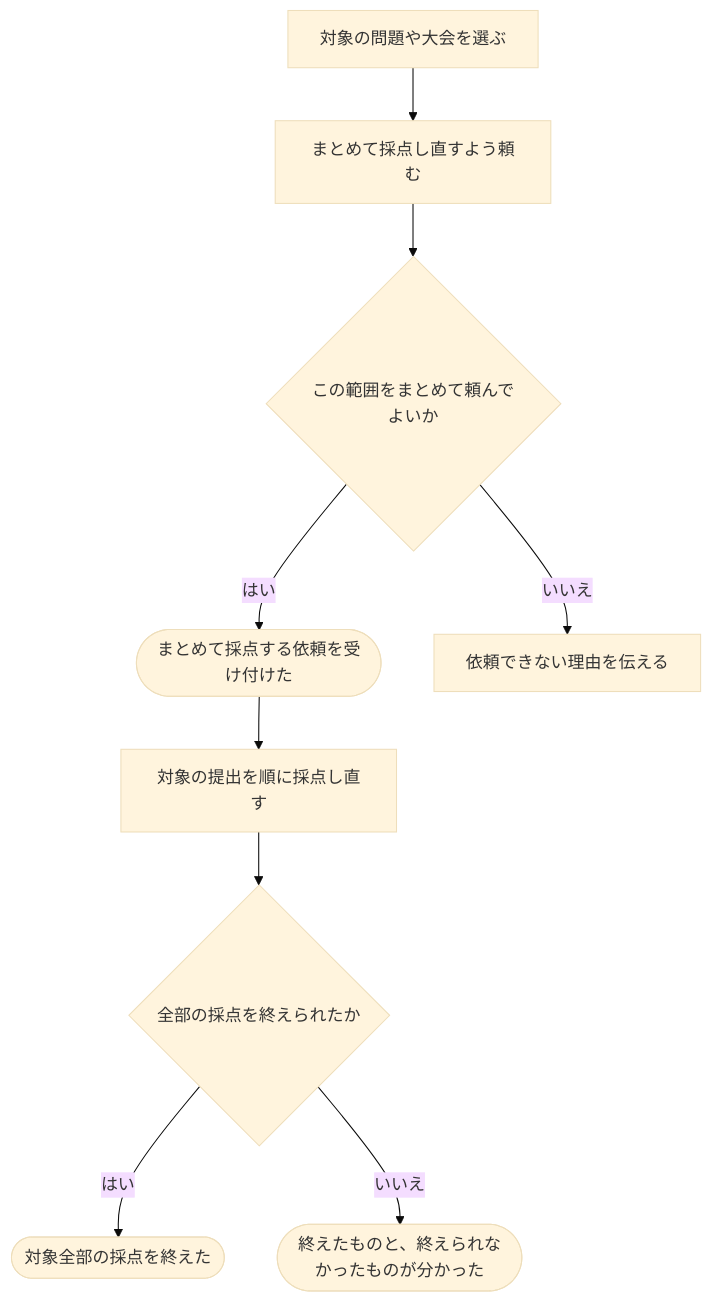
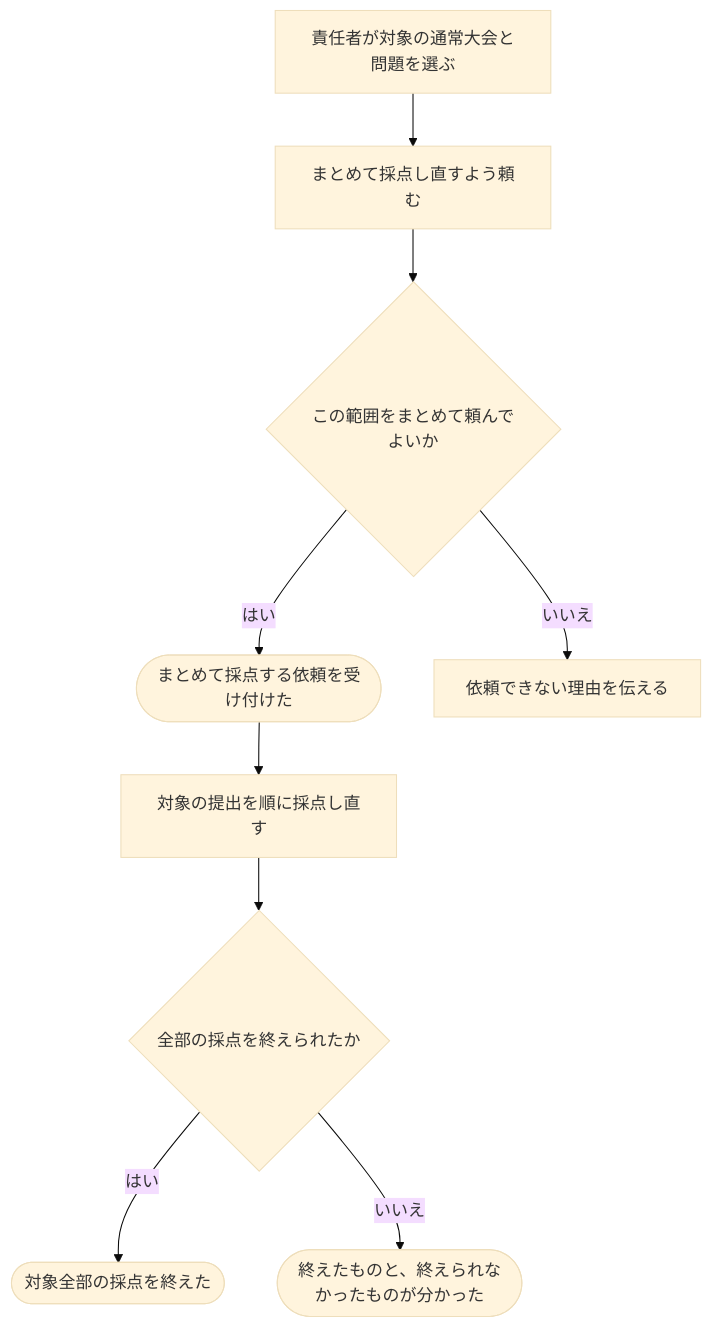
One commit to traP-jp/traOJudge changed the diagram in docs/requirements/scenarios/submissions/judge-many-again.md. Above: the diagram before and after it, drawn with Mermaid (base theme). The commit also changed other lines of this file and 58 other files, not shown here.

````diff
--- a/docs/requirements/scenarios/submissions/judge-many-again.md
+++ b/docs/requirements/scenarios/submissions/judge-many-again.md
@@ -15,11 +24,11 @@
 ```mermaid
 flowchart TD
-    A["対象の問題や大会を選ぶ"] --> B["まとめて採点し直すよう頼む"]
+    A["責任者が対象の通常大会と問題を選ぶ"] --> B["まとめて採点し直すよう頼む"]
     B --> C{"この範囲をまとめて頼んでよいか"}
     C -->|はい| D(["まとめて採点する依頼を受け付けた"])
     D --> E["対象の提出を順に採点し直す"]
     E --> F{"全部の採点を終えられたか"}
     F -->|はい| G(["対象全部の採点を終えた"])
     F -->|いいえ| H(["終えたものと、終えられなかったものが分かった"])
     C -->|いいえ| I["依頼できない理由を伝える"]
 ```
````
